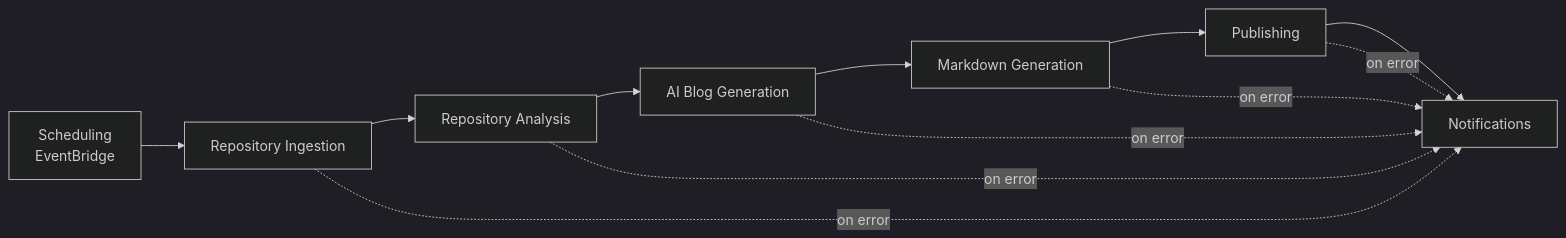
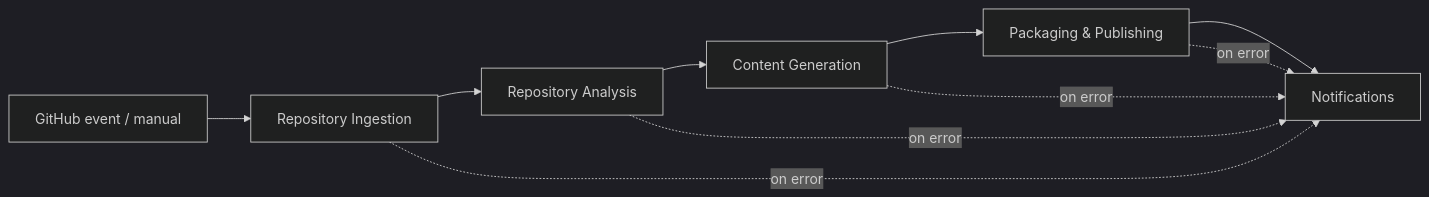
Before and after one commit to teddynted/ai-github-repository-blog-generator: the first of 6 diagrams in docs/workflows.md, drawn with Mermaid (dark theme). The commit also changed other lines of this file and 10 other files, not shown here.

````diff
--- a/docs/workflows.md
+++ b/docs/workflows.md
@@ -27,14 +27,12 @@
 ```mermaid
 flowchart LR
-    S[Scheduling<br/>EventBridge] --> I[Repository Ingestion]
+    T[GitHub event / manual] --> I[Repository Ingestion]
     I --> A[Repository Analysis]
-    A --> G[AI Blog Generation]
-    G --> M[Markdown Generation]
-    M --> P[Publishing]
+    A --> G[Content Generation]
+    G --> P[Packaging & Publishing]
     P --> N[Notifications]
     I -. on error .-> N
     A -. on error .-> N
     G -. on error .-> N
-    M -. on error .-> N
     P -. on error .-> N
 ```
````
